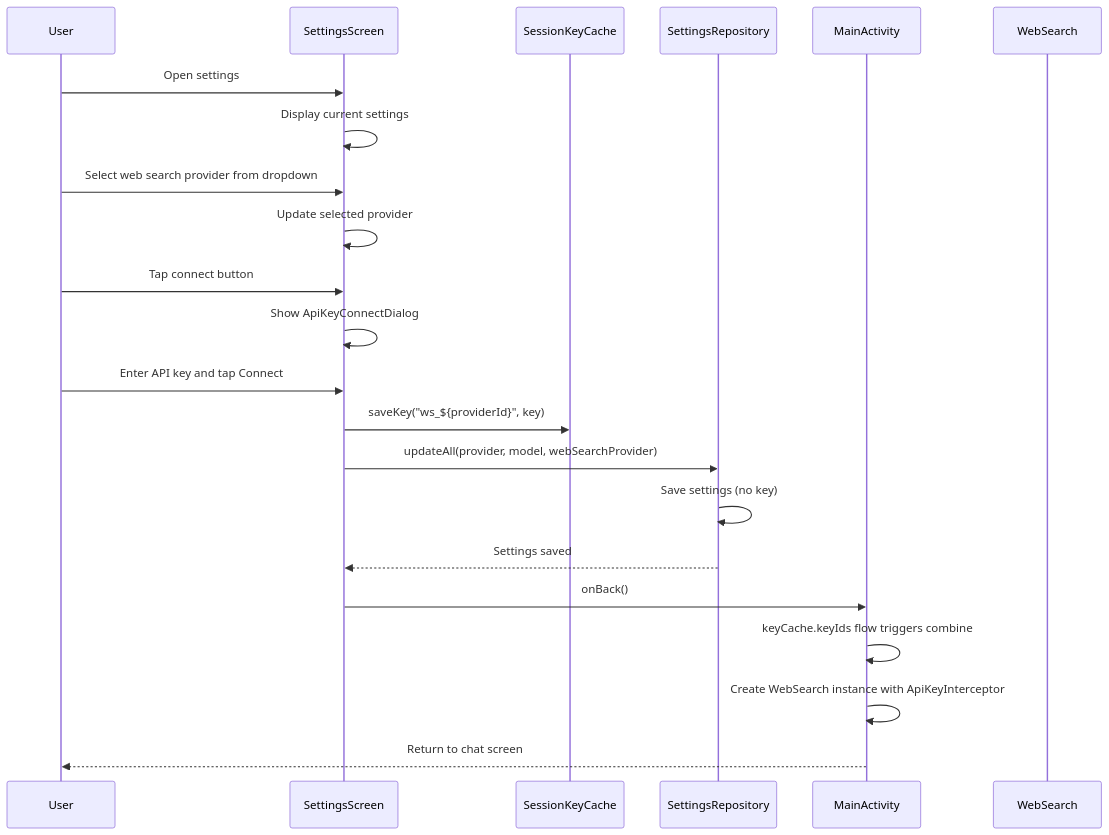
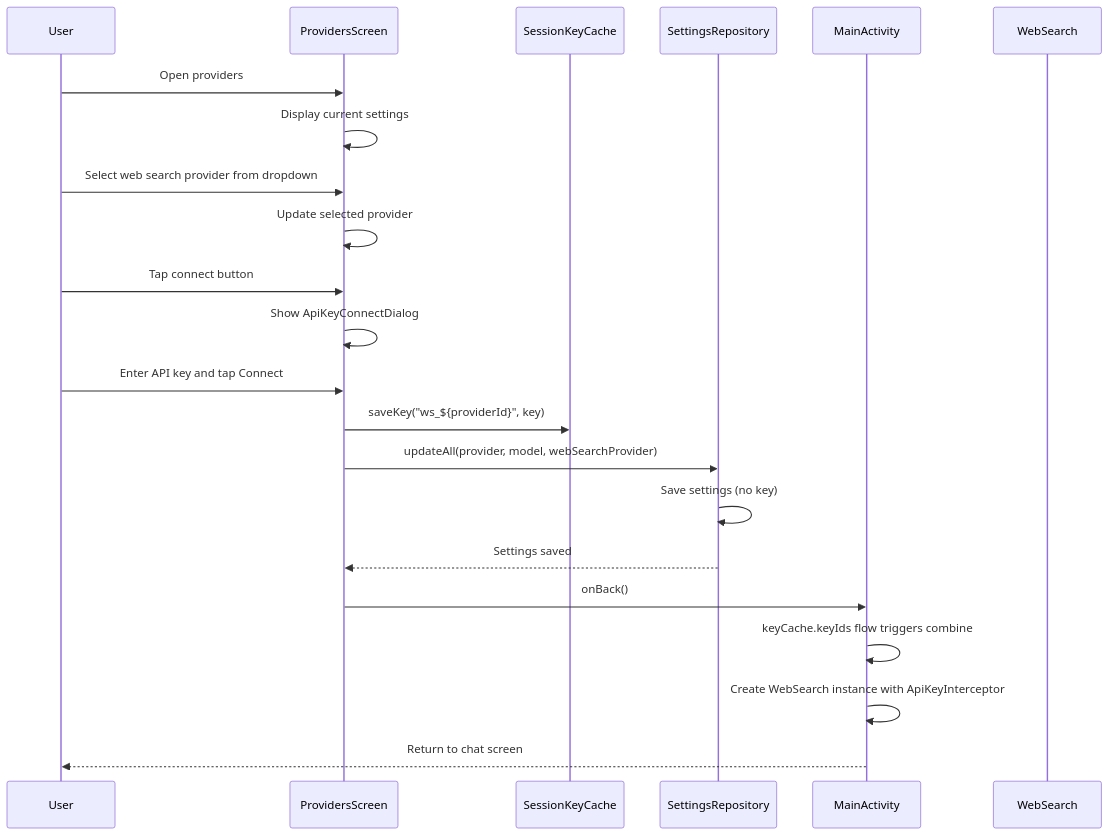
One commit to lehoang318/buddy changed the fourth of 11 diagrams in docs/seq_others.md. Above: the diagram before and after it, drawn with Mermaid. The commit also changed other lines of this file and 48 other files, not shown here.

````diff
--- a/docs/seq_others.md
+++ b/docs/seq_others.md
@@ -131,28 +131,28 @@
 ```mermaid
 sequenceDiagram
     participant User
-    participant SettingsScreen
+    participant ProvidersScreen
     participant SessionKeyCache
     participant SettingsRepository
     participant MainActivity
     participant WebSearch
 
-    User->>SettingsScreen: Open settings
-    SettingsScreen->>SettingsScreen: Display current settings
+    User->>ProvidersScreen: Open providers
+    ProvidersScreen->>ProvidersScreen: Display current settings
 
-    User->>SettingsScreen: Select web search provider from dropdown
-    SettingsScreen->>SettingsScreen: Update selected provider
+    User->>ProvidersScreen: Select web search provider from dropdown
+    ProvidersScreen->>ProvidersScreen: Update selected provider
 
-    User->>SettingsScreen: Tap connect button
-    SettingsScreen->>SettingsScreen: Show ApiKeyConnectDialog
-    User->>SettingsScreen: Enter API key and tap Connect
-    SettingsScreen->>SessionKeyCache: saveKey("ws_${providerId}", key)
-    SettingsScreen->>SettingsRepository: updateAll(provider, model, webSearchProvider)
+    User->>ProvidersScreen: Tap connect button
+    ProvidersScreen->>ProvidersScreen: Show ApiKeyConnectDialog
+    User->>ProvidersScreen: Enter API key and tap Connect
+    ProvidersScreen->>SessionKeyCache: saveKey("ws_${providerId}", key)
+    ProvidersScreen->>SettingsRepository: updateAll(provider, model, webSearchProvider)
     SettingsRepository->>SettingsRepository: Save settings (no key)
-    SettingsRepository-->>SettingsScreen: Settings saved
+    SettingsRepository-->>ProvidersScreen: Settings saved
 
-    SettingsScreen->>MainActivity: onBack()
+    ProvidersScreen->>MainActivity: onBack()
     MainActivity->>MainActivity: keyCache.keyIds flow triggers combine
     MainActivity->>MainActivity: Create WebSearch instance with ApiKeyInterceptor
     MainActivity-->>User: Return to chat screen
 ```
````
